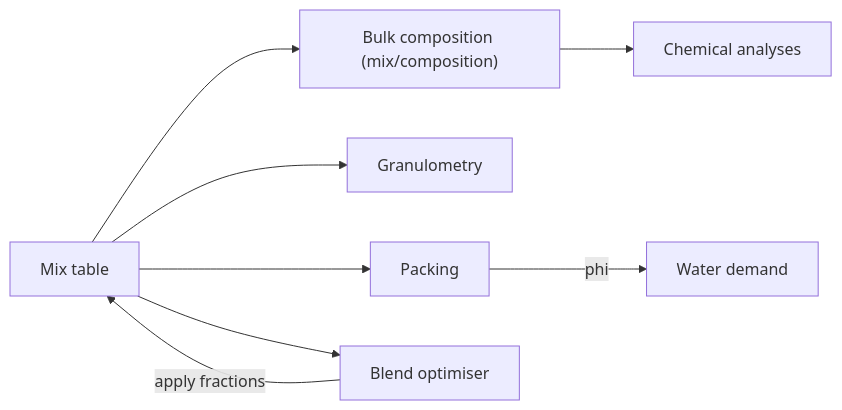
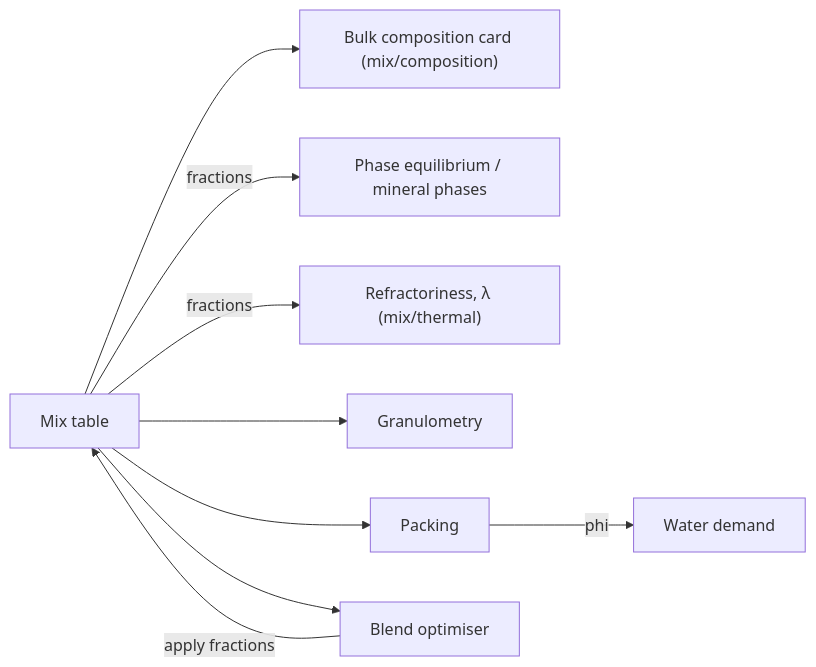
The diagram in docs/frontend/STEP_09_MINERAL_COMPOSITIONS.md (zakhovalkopavel/thermal-software), drawn with Mermaid before and after one commit. The commit also changed other lines of this file and 19 other files, not shown here.

````diff
--- a/docs/frontend/STEP_09_MINERAL_COMPOSITIONS.md
+++ b/docs/frontend/STEP_09_MINERAL_COMPOSITIONS.md
@@ -24,10 +24,11 @@
 ```mermaid
 flowchart LR
-  Mix[Mix table] --> Bulk["Bulk composition (mix/composition)"]
-  Bulk --> Chem[Chemical analyses]
+  Mix[Mix table] --> Bulk["Bulk composition card (mix/composition)"]
+  Mix -->|"fractions"| Phase["Phase equilibrium / mineral phases"]
+  Mix -->|"fractions"| Chem["Refractoriness, λ (mix/thermal)"]
   Mix --> Psd[Granulometry]
   Mix --> Pack[Packing]
   Pack -->|"phi"| Water[Water demand]
   Mix --> Opt[Blend optimiser]
   Opt -->|"apply fractions"| Mix
 ```
````
